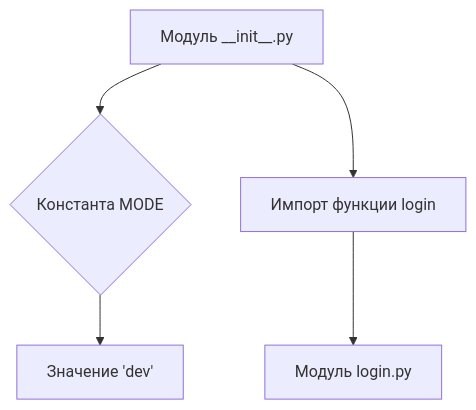
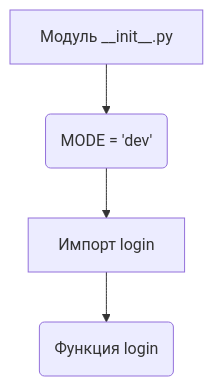
One commit to hypo69/hypo changed the first of 2 diagrams in docs/gemini/ru/explainer/src/suppliers/aliexpress/scenarios/__init__.md. Above: the diagram before and after it, drawn with Mermaid. The commit also changed other lines of this file and 468 other files, not shown here.

````diff
--- a/docs/gemini/ru/explainer/src/suppliers/aliexpress/scenarios/__init__.md
+++ b/docs/gemini/ru/explainer/src/suppliers/aliexpress/scenarios/__init__.md
@@ -27,7 +27,6 @@
 ```mermaid
 graph TD
-    A[Модуль __init__.py] --> B{Константа MODE};
-    B --> C[Значение 'dev'];
-    A --> D[Импорт функции login];
-    D --> E[Модуль login.py];
+    A[Модуль __init__.py] --> B(MODE = 'dev');
+    B --> C[Импорт login];
+    C --> D(Функция login);
 ```
````
